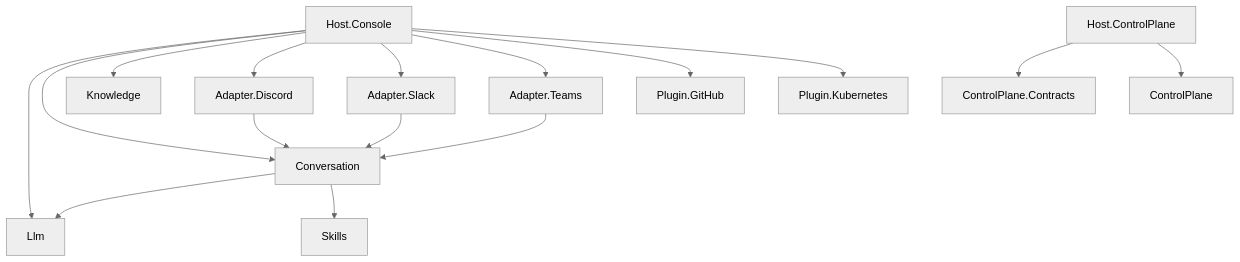
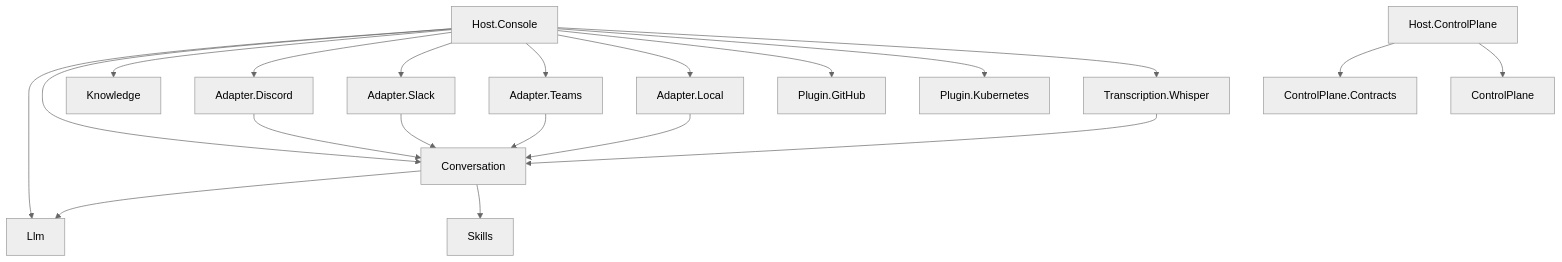
One commit to vitorafgomes/scout changed the diagram in vault/pages/architecture/project-map.md. Above: the diagram before and after it, drawn with Mermaid (neutral theme). The commit also changed other lines of this file and 195 other files, not shown here.

````diff
--- a/vault/pages/architecture/project-map.md
+++ b/vault/pages/architecture/project-map.md
@@ -38,18 +40,22 @@
 ```mermaid
 flowchart TD
     HC[Host.Console] --> Llm
     HC --> Conversation
     HC --> Knowledge
     HC --> Discord[Adapter.Discord]
     HC --> Slack[Adapter.Slack]
     HC --> Teams[Adapter.Teams]
+    HC --> Local[Adapter.Local]
     HC --> GH[Plugin.GitHub]
     HC --> K8S[Plugin.Kubernetes]
+    HC --> Whisper[Transcription.Whisper]
+    Whisper --> Conversation
     Conversation --> Llm
     Conversation --> Skills
     Discord --> Conversation
     Slack --> Conversation
     Teams --> Conversation
+    Local --> Conversation
     HCP[Host.ControlPlane] --> Contracts[ControlPlane.Contracts]
     HCP --> CP[ControlPlane]
 ```
````
